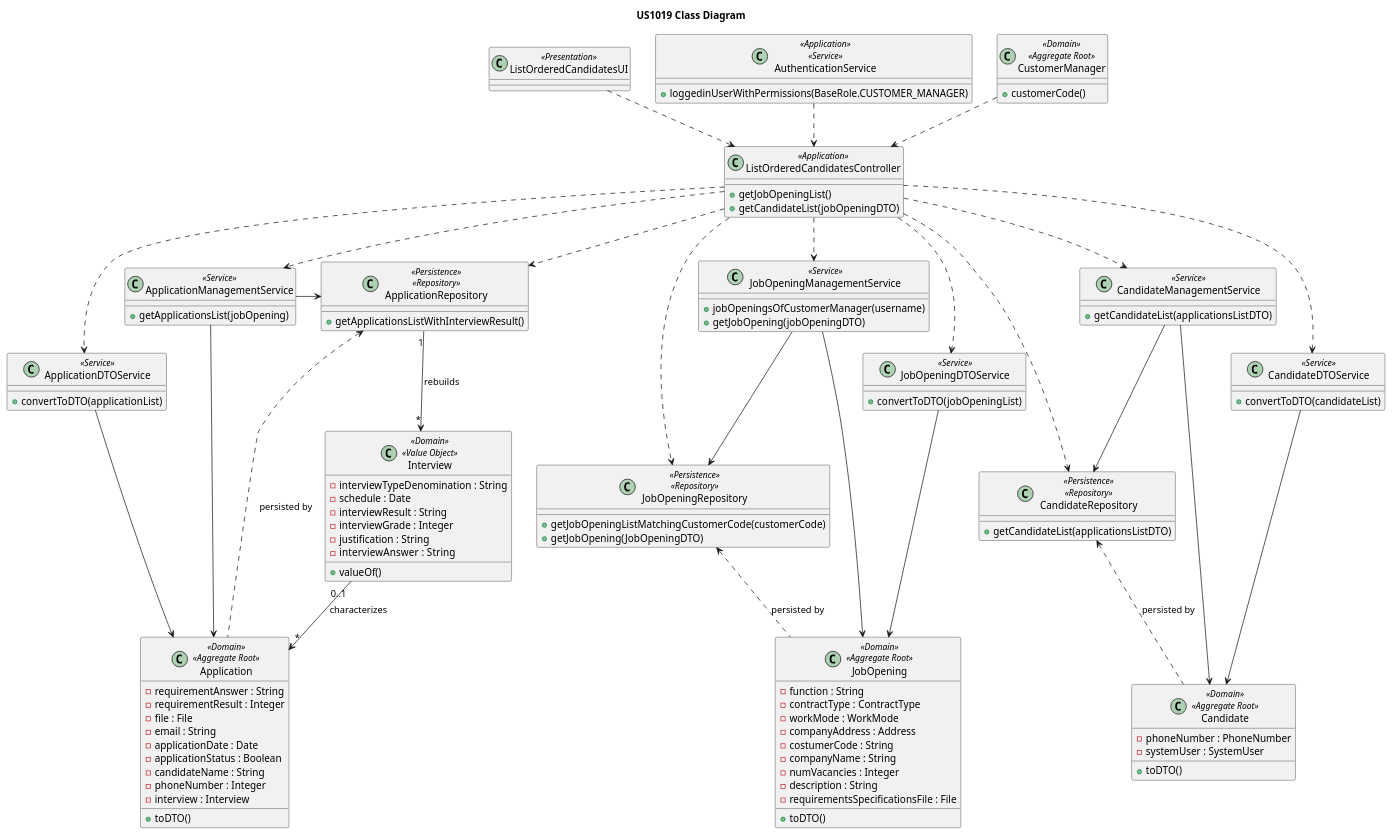
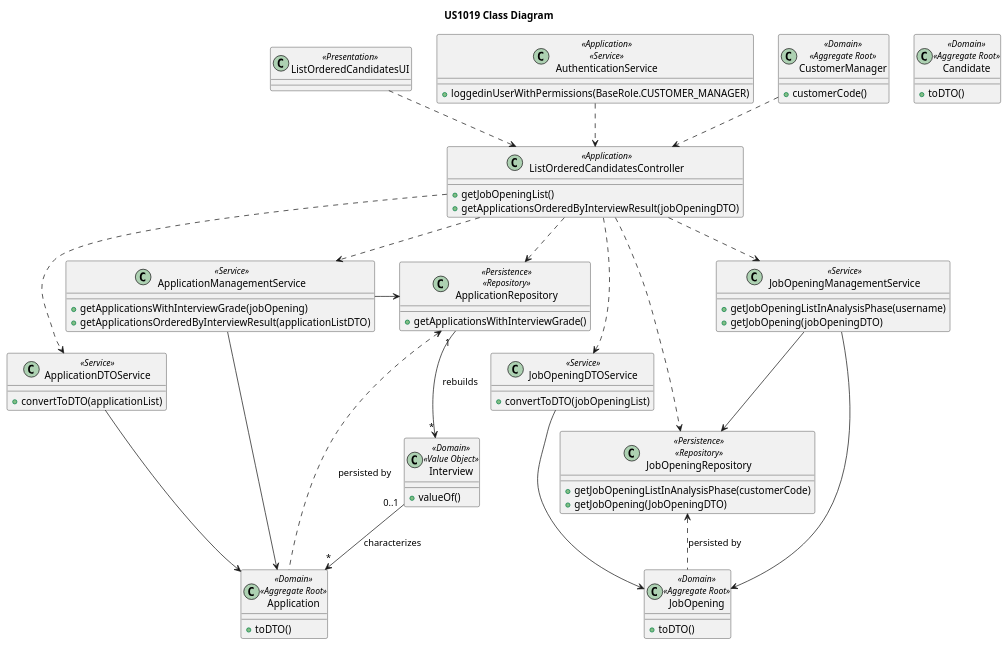
Before and after one commit to rita-barbosa/LAPR4-2324: the diagram in docs/sprint-c/us_1019/CD/US1019_CD.puml, drawn with PlantUML. The commit also changed 3 other files, not shown here.

```diff
--- a/docs/sprint-c/us_1019/CD/US1019_CD.puml
+++ b/docs/sprint-c/us_1019/CD/US1019_CD.puml
@@ -1,146 +1,101 @@
 @startuml US1019_CD
 title US1019 Class Diagram
 
 'package "Presentation" {
     class ListOrderedCandidatesUI <<Presentation>> {
     }
 '}
 
 'package "Application" {
     class ListOrderedCandidatesController <<Application>> {
         + getJobOpeningList()
-        + getCandidateList(jobOpeningDTO)
+        + getApplicationsOrderedByInterviewResult(jobOpeningDTO)
     }
 '}
 
 class JobOpeningManagementService <<Service>> {
-    + jobOpeningsOfCustomerManager(username)
+    + getJobOpeningListInAnalysisPhase(username)
     + getJobOpening(jobOpeningDTO)
 }
 
 class JobOpeningDTOService <<Service>> {
     + convertToDTO(jobOpeningList)
 }
 
 class ApplicationManagementService <<Service>> {
-    + getApplicationsList(jobOpening)
+    + getApplicationsWithInterviewGrade(jobOpening)
+    + getApplicationsOrderedByInterviewResult(applicationListDTO)
 }
 
 class ApplicationDTOService <<Service>> {
     + convertToDTO(applicationList)
 }
-
-class CandidateManagementService <<Service>> {
-    + getCandidateList(applicationsListDTO)
-}
-
-class CandidateDTOService <<Service>> {
-    + convertToDTO(candidateList)
-}
-
 
     class AuthenticationService <<Application>> <<Service>> {
         + loggedinUserWithPermissions(BaseRole.CUSTOMER_MANAGER)
 
     }
 
     class CustomerManager <<Domain>> <<Aggregate Root>> {
         + customerCode()
     }
 
     class Candidate <<Domain>> <<Aggregate Root>> {
-        - phoneNumber : PhoneNumber
-        - systemUser : SystemUser
         + toDTO()
     }
 
     class JobOpening <<Domain>> <<Aggregate Root>> {
-        - function : String
-        - contractType : ContractType
-        - workMode : WorkMode
-        - companyAddress : Address
-        - costumerCode : String
-        - companyName : String
-        - numVacancies : Integer
-        - description : String
-        - requirementsSpecificationsFile : File
         + toDTO()
     }
 
     class Application <<Domain>> <<Aggregate Root>> {
-        - requirementAnswer : String
-        - requirementResult : Integer
-        - file : File
-        - email : String
-        - applicationDate : Date
-        - applicationStatus : Boolean
-        - candidateName : String
-        - phoneNumber : Integer
-        - interview : Interview
         + toDTO()
     }
 
     class Interview <<Domain>> <<Value Object>> {
-        - interviewTypeDenomination : String
-        - schedule : Date
-        - interviewResult : String
-        - interviewGrade : Integer
-        - justification : String
-        - interviewAnswer :  String
         + valueOf()
     }
 '}
 
 'package "Persistence" {
     class JobOpeningRepository <<Persistence>> <<Repository>> {
-        + getJobOpeningListMatchingCustomerCode(customerCode)
+        + getJobOpeningListInAnalysisPhase(customerCode)
         + getJobOpening(JobOpeningDTO)
     }
 
     class ApplicationRepository <<Persistence>> <<Repository>> {
-        + getApplicationsListWithInterviewResult()
+        + getApplicationsWithInterviewGrade()
     }
 
-    class CandidateRepository <<Persistence>> <<Repository>> {
-        + getCandidateList(applicationsListDTO)
-    }
 '}
 
 ' Associations
 CustomerManager ..> ListOrderedCandidatesController
 ListOrderedCandidatesUI ..> ListOrderedCandidatesController
 ListOrderedCandidatesController ..> JobOpeningRepository
 ListOrderedCandidatesController ..> ApplicationRepository
-ListOrderedCandidatesController ..> CandidateRepository
 ListOrderedCandidatesController ..> ApplicationManagementService
 ListOrderedCandidatesController ..> JobOpeningManagementService
 ListOrderedCandidatesController ..> JobOpeningDTOService
 ListOrderedCandidatesController ..> ApplicationDTOService
-ListOrderedCandidatesController ..> CandidateManagementService
-ListOrderedCandidatesController ..> CandidateDTOService
 
 ' Domain Layer
 Interview "0..1" --> "*" Application : characterizes
 JobOpeningManagementService --> JobOpeningRepository
 JobOpeningManagementService --> JobOpening
 ApplicationManagementService -> Application
 ApplicationManagementService -> ApplicationRepository
 ApplicationDTOService -> Application
 JobOpeningDTOService --> JobOpening
-CandidateManagementService --> CandidateRepository
-CandidateManagementService --> Candidate
-CandidateDTOService --> Candidate
 
 ' Persistence Layer
 JobOpeningRepository <.. JobOpening : persisted by
 
 ApplicationRepository <.. Application : persisted by
 ApplicationRepository "1" --> "*" Interview : rebuilds
 
-CandidateRepository <.. Candidate : persisted by
-
 
 ' Authentication
 AuthenticationService ..> ListOrderedCandidatesController
 
 @enduml
```
